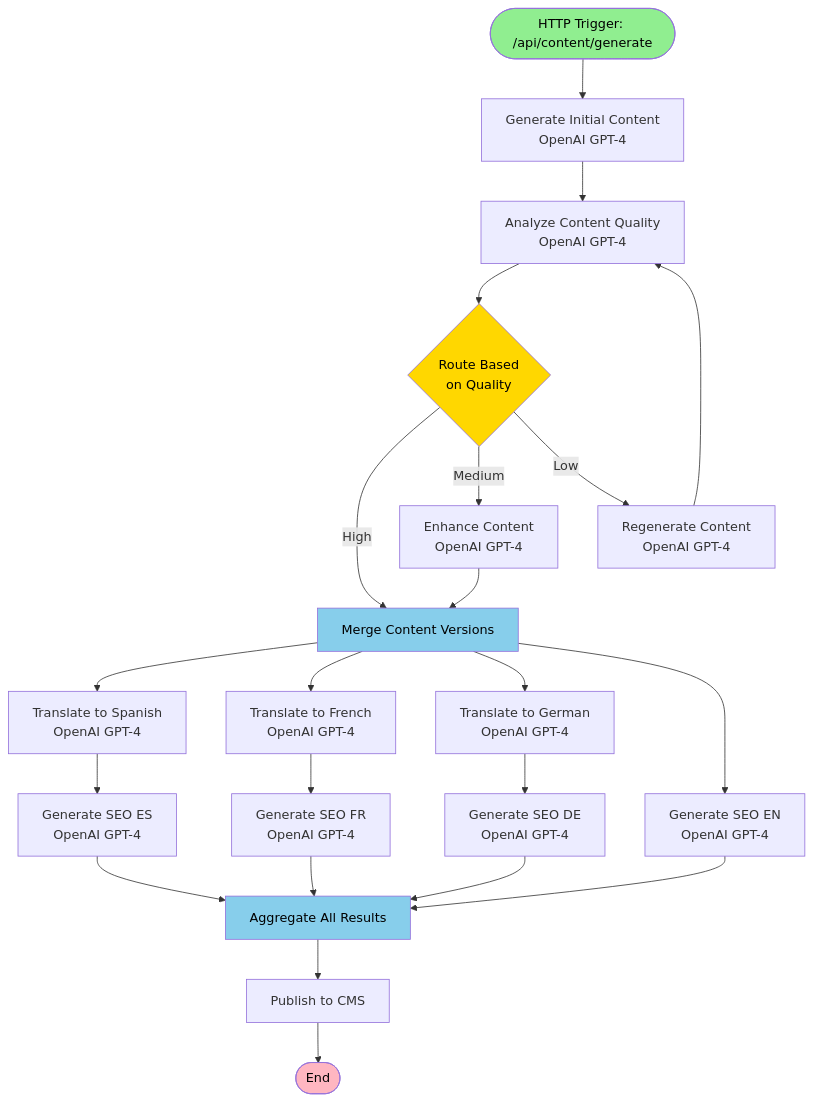
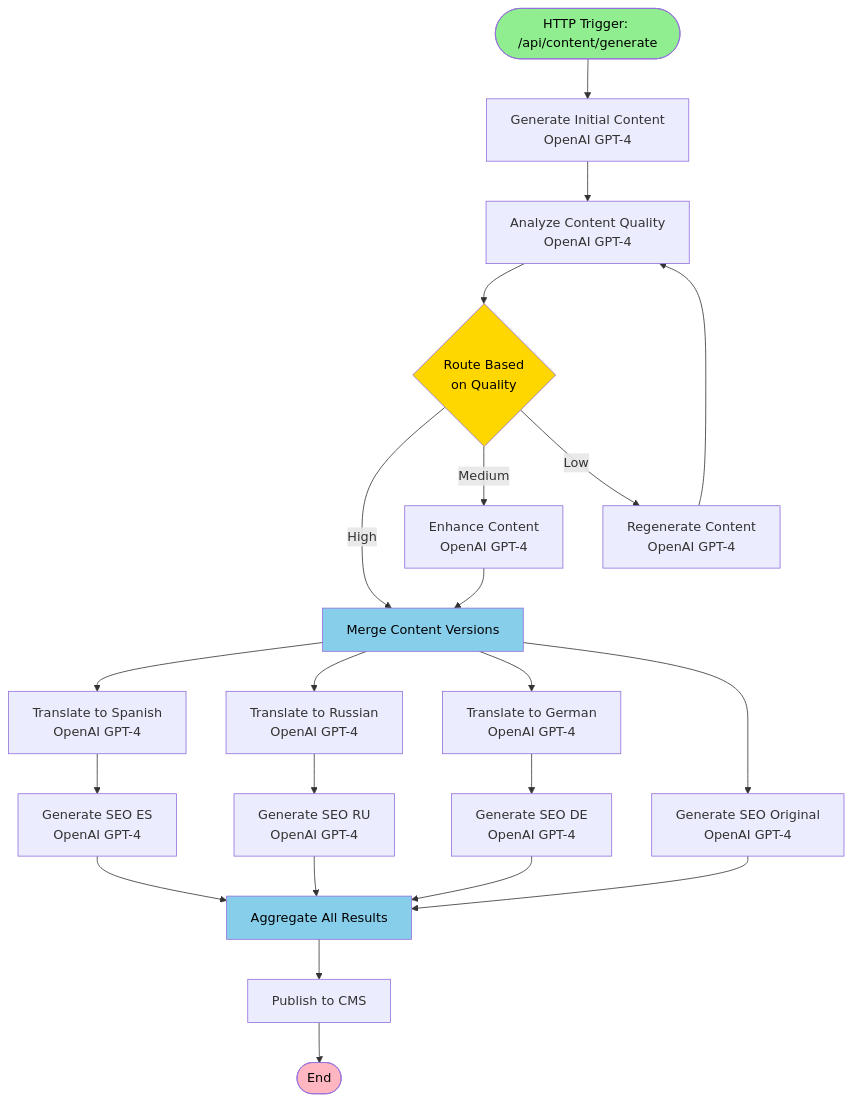
Before and after one commit to smilemakc/mbflow: the first of 8 diagrams in examples/DIAGRAMS.md, drawn with Mermaid. The commit also changed 107 other files, not shown here.

````diff
--- a/examples/DIAGRAMS.md
+++ b/examples/DIAGRAMS.md
@@ -7,29 +7,29 @@
 ```mermaid
 graph TD
     Start([HTTP Trigger: /api/content/generate]) --> Generate["Generate Initial Content<br/>OpenAI GPT-4"]
     Generate --> Analyze["Analyze Content Quality<br/>OpenAI GPT-4"]
     Analyze --> Router{Route Based<br/>on Quality}
     Router -->|High| Merge["Merge Content Versions"]
     Router -->|Medium| Enhance["Enhance Content<br/>OpenAI GPT-4"]
     Router -->|Low| Regenerate["Regenerate Content<br/>OpenAI GPT-4"]
     Enhance --> Merge
     Regenerate --> Analyze
     Merge --> TransES["Translate to Spanish<br/>OpenAI GPT-4"]
-    Merge --> TransFR["Translate to French<br/>OpenAI GPT-4"]
+    Merge --> TransFR["Translate to Russian<br/>OpenAI GPT-4"]
     Merge --> TransDE["Translate to German<br/>OpenAI GPT-4"]
-    Merge --> SEOEN["Generate SEO EN<br/>OpenAI GPT-4"]
+    Merge --> SEOEN["Generate SEO Original<br/>OpenAI GPT-4"]
     TransES --> SEOES["Generate SEO ES<br/>OpenAI GPT-4"]
-    TransFR --> SEOFR["Generate SEO FR<br/>OpenAI GPT-4"]
+    TransFR --> SEOFR["Generate SEO RU<br/>OpenAI GPT-4"]
     TransDE --> SEODE["Generate SEO DE<br/>OpenAI GPT-4"]
     SEOEN --> Aggregate["Aggregate All Results"]
     SEOES --> Aggregate
     SEOFR --> Aggregate
     SEODE --> Aggregate
     Aggregate --> Publish[Publish to CMS]
     Publish --> End([End])
     style Start fill: #90EE90,color: #000000
     style End fill: #FFB6C1,color: #000000
     style Router fill: #FFD700,color: #000000
     style Merge fill: #87CEEB,color: #000000
     style Aggregate fill: #87CEEB,color: #000000
 ```
````
